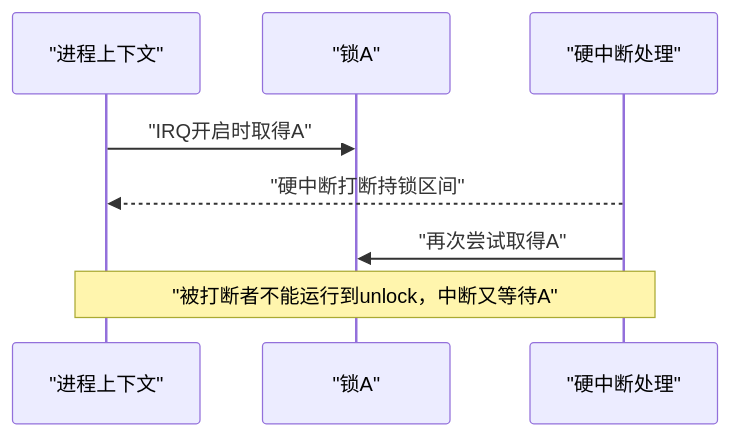
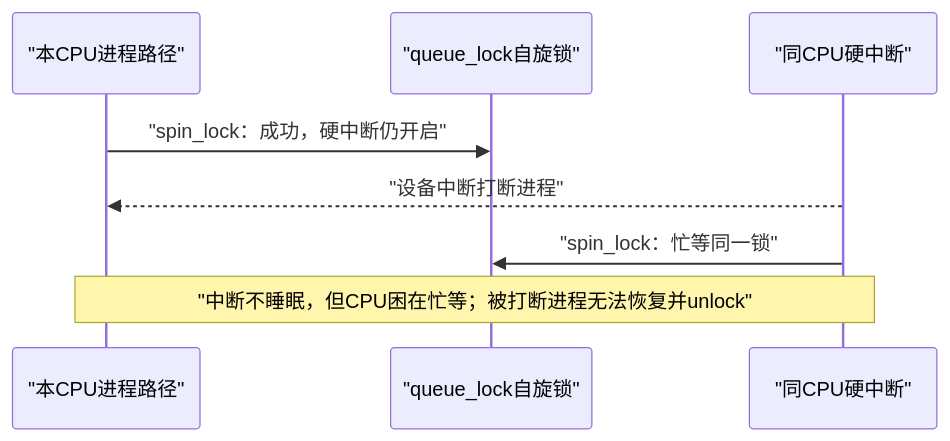
One commit to FormingSystem/linux_note changed the second of 2 diagrams in knowledge/linux/synchronization/lockdep/P05_递归_依赖环_IRQ与读写规则.md. Above: the diagram before and after it, drawn with Mermaid. The commit also changed other lines of this file and 21 other files, not shown here.

````diff
--- a/knowledge/linux/synchronization/lockdep/P05_递归_依赖环_IRQ与读写规则.md
+++ b/knowledge/linux/synchronization/lockdep/P05_递归_依赖环_IRQ与读写规则.md
@@ -53,10 +73,10 @@
 ```mermaid
 sequenceDiagram
-    participant T as "进程上下文"
-    participant A as "锁A"
-    participant I as "硬中断处理"
-    T->>A: "IRQ开启时取得A"
-    I-->>T: "硬中断打断持锁区间"
-    I->>A: "再次尝试取得A"
-    Note over T,I: "被打断者不能运行到unlock，中断又等待A"
+    participant P as "本CPU进程路径"
+    participant Q as "queue_lock自旋锁"
+    participant I as "同CPU硬中断"
+    P->>Q: "spin_lock：成功，硬中断仍开启"
+    I-->>P: "设备中断打断进程"
+    I->>Q: "spin_lock：忙等同一锁"
+    Note over P,I: "中断不睡眠，但CPU困在忙等；被打断进程无法恢复并unlock"
 ```
````
